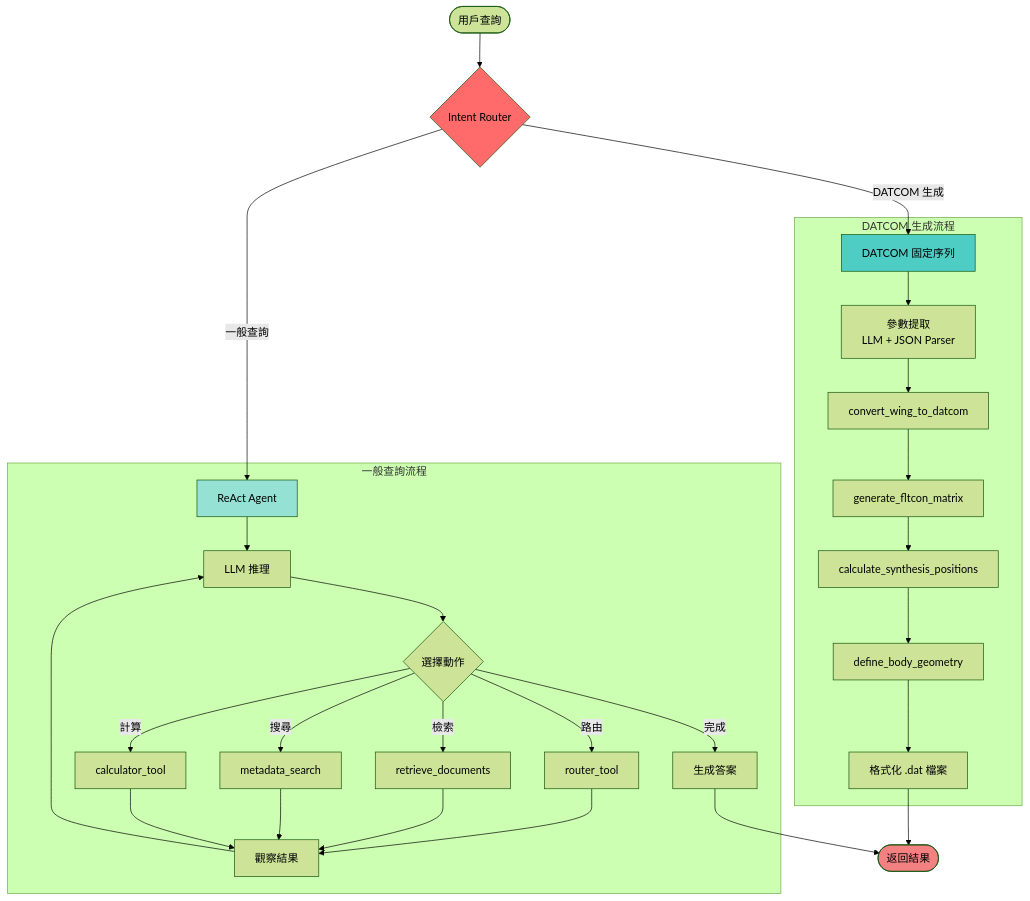
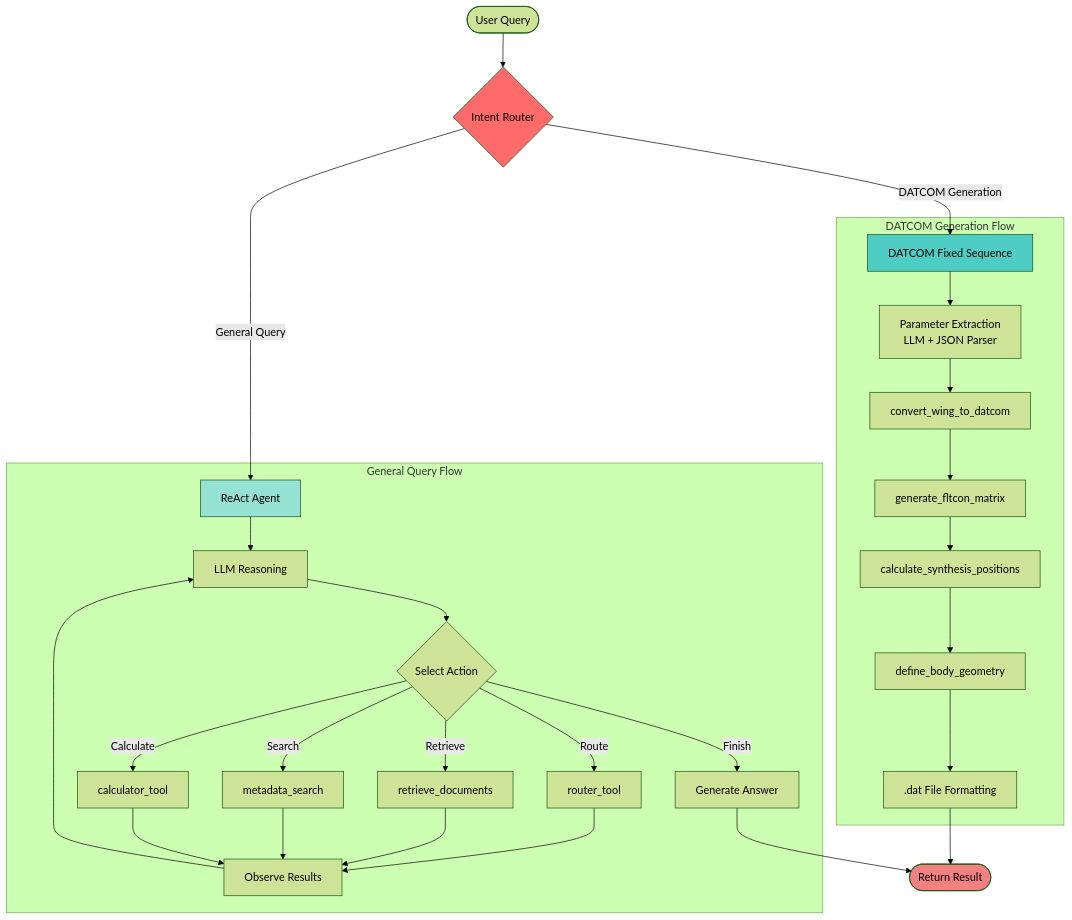
Before and after one commit to zzw09773/UAV_RAG: the diagram in README.md, drawn with Mermaid (forest theme). The commit also changed other lines of this file and 8 other files, not shown here.

````diff
--- a/README.md
+++ b/README.md
@@ -26,41 +105,41 @@
 ```mermaid
 graph TB
-    Start([用戶查詢]) --> Router{Intent Router}
+    Start([User Query]) --> Router{Intent Router}
     
-    Router -->|DATCOM 生成| DatcomFlow[DATCOM 固定序列]
-    Router -->|一般查詢| GeneralFlow[ReAct Agent]
+    Router -->|DATCOM Generation| DatcomFlow[DATCOM Fixed Sequence]
+    Router -->|General Query| GeneralFlow[ReAct Agent]
     
-    subgraph "DATCOM 生成流程"
-        DatcomFlow --> Extract[參數提取<br/>LLM + JSON Parser]
+    subgraph "DATCOM Generation Flow"
+        DatcomFlow --> Extract[Parameter Extraction<br/>LLM + JSON Parser]
         Extract --> Tool1[convert_wing_to_datcom]
         Tool1 --> Tool2[generate_fltcon_matrix]
         Tool2 --> Tool3[calculate_synthesis_positions]
         Tool3 --> Tool4[define_body_geometry]
-        Tool4 --> Format[格式化 .dat 檔案]
+        Tool4 --> Format[.dat File Formatting]
     end
     
-    subgraph "一般查詢流程"
-        GeneralFlow --> Think[LLM 推理]
-        Think --> Action{選擇動作}
-        Action -->|路由| RouterTool[router_tool]
-        Action -->|檢索| RetrieveTool[retrieve_documents]
-        Action -->|搜尋| MetadataTool[metadata_search]
-        Action -->|計算| CalcTool[calculator_tool]
+    subgraph "General Query Flow"
+        GeneralFlow --> Think[LLM Reasoning]
+        Think --> Action{Select Action}
+        Action -->|Route| RouterTool[router_tool]
+        Action -->|Retrieve| RetrieveTool[retrieve_documents]
+        Action -->|Search| MetadataTool[metadata_search]
+        Action -->|Calculate| CalcTool[calculator_tool]
         
-        RouterTool --> Observe[觀察結果]
+        RouterTool --> Observe[Observe Results]
         RetrieveTool --> Observe
         MetadataTool --> Observe
         CalcTool --> Observe
         
         Observe --> Think
-        Action -->|完成| Generate[生成答案]
+        Action -->|Finish| Generate[Generate Answer]
     end
     
-    Format --> End([返回結果])
+    Format --> End([Return Result])
     Generate --> End
     
     style Router fill:#ff6b6b
     style DatcomFlow fill:#4ecdc4
     style GeneralFlow fill:#95e1d3
     style End fill:#f38181
 ```
````
